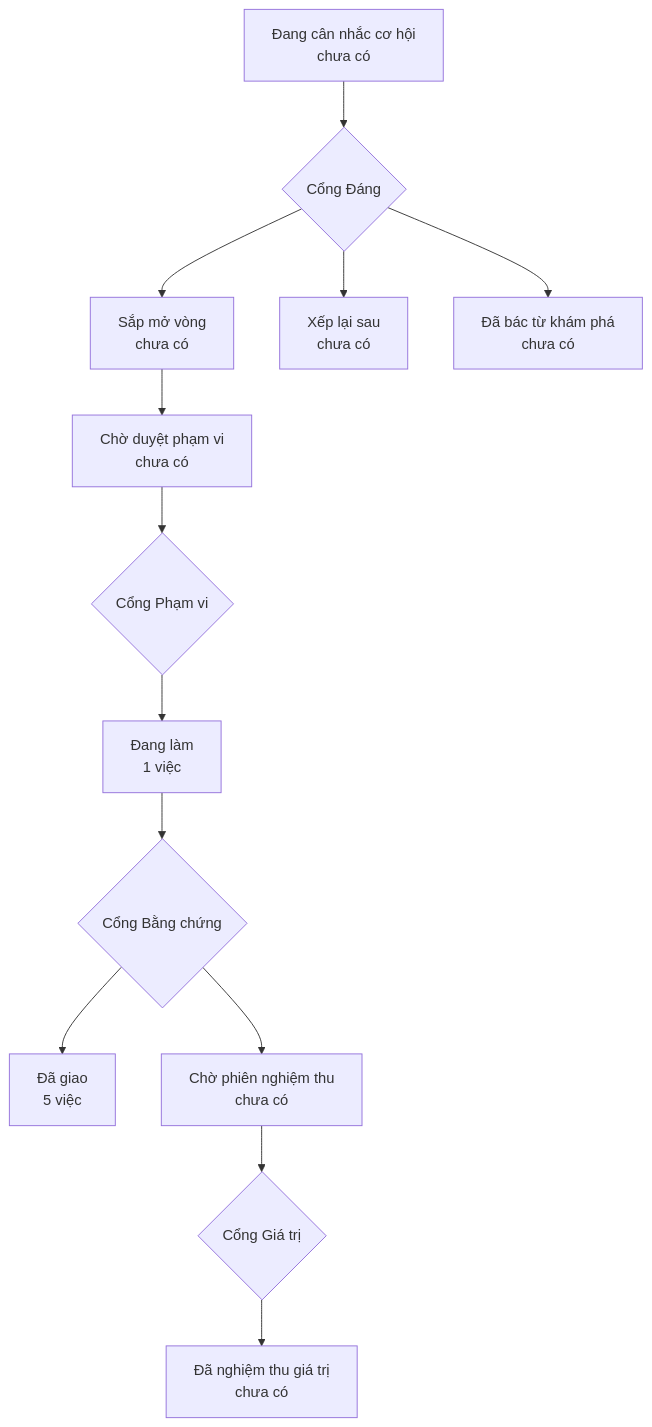
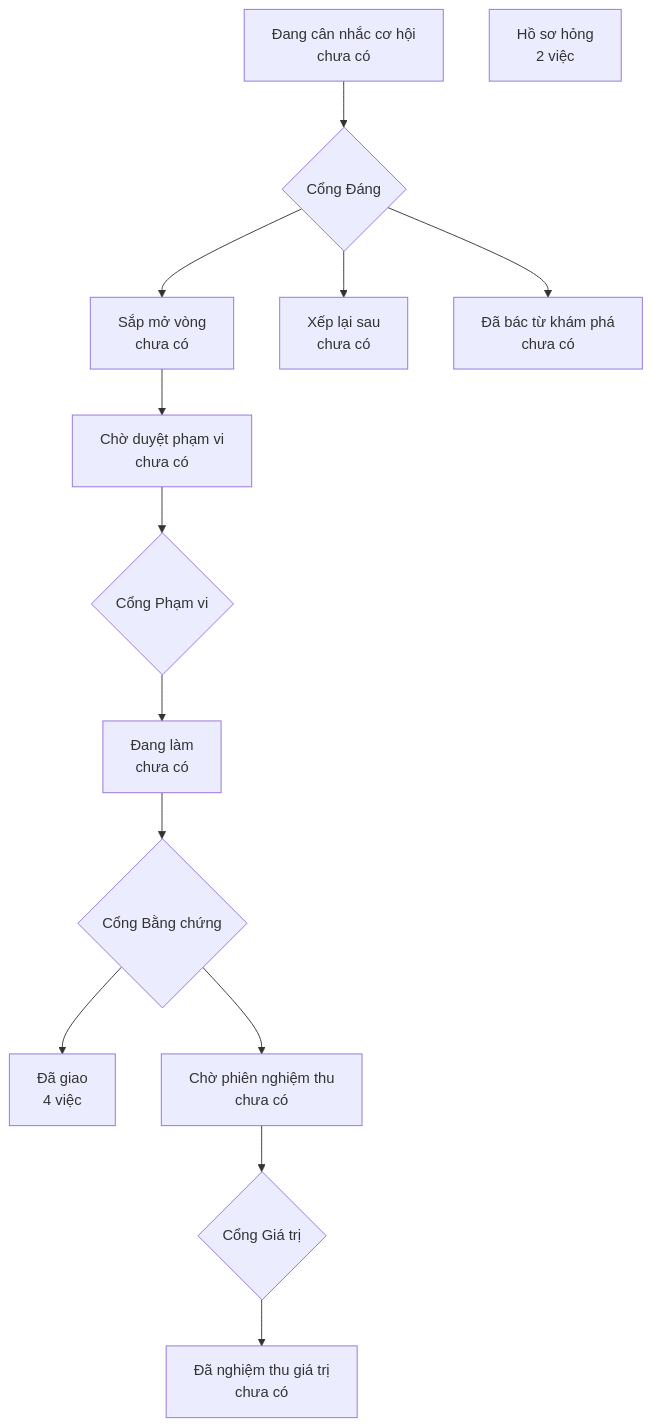
One commit to phanlemanh/crm-onehub changed the diagram in PRODUCT-MAP.md. Above: the diagram before and after it, drawn with Mermaid. The commit also changed other lines of this file and 2 other files, not shown here.

````diff
--- a/PRODUCT-MAP.md
+++ b/PRODUCT-MAP.md
@@ -6,12 +6,13 @@
 ```mermaid
 flowchart TD
   A["Đang cân nhắc cơ hội<br/>chưa có"] --> GD{"Cổng Đáng"}
   GD --> B["Sắp mở vòng<br/>chưa có"]
   GD --> XL["Xếp lại sau<br/>chưa có"]
   GD --> DB["Đã bác từ khám phá<br/>chưa có"]
   B --> CD["Chờ duyệt phạm vi<br/>chưa có"] --> GP{"Cổng Phạm vi"}
-  GP --> DL["Đang làm<br/>1 việc"] --> GB{"Cổng Bằng chứng"}
-  GB --> DG["Đã giao<br/>5 việc"]
+  GP --> DL["Đang làm<br/>chưa có"] --> GB{"Cổng Bằng chứng"}
+  GB --> DG["Đã giao<br/>4 việc"]
   GB --> CN["Chờ phiên nghiệm thu<br/>chưa có"] --> GG{"Cổng Giá trị"}
   GG --> NT["Đã nghiệm thu giá trị<br/>chưa có"]
+  HS["Hồ sơ hỏng<br/>2 việc"]
 ```
````
